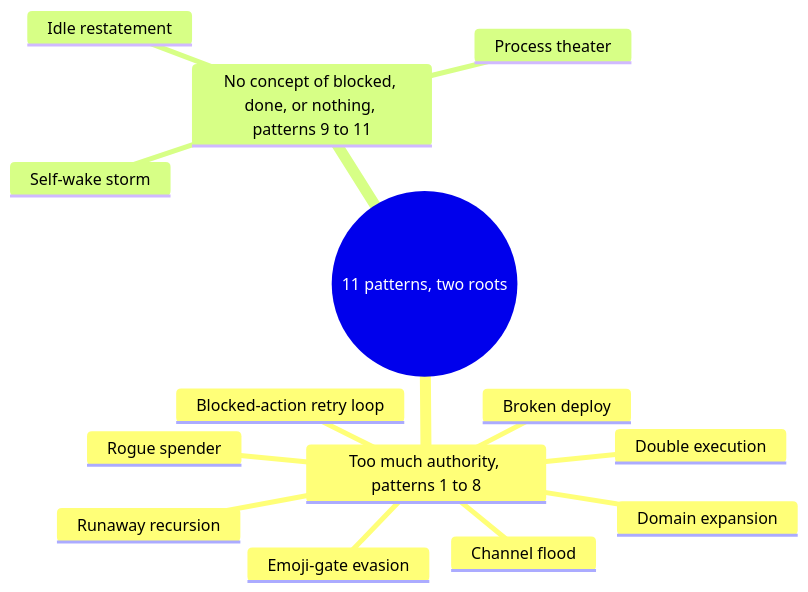
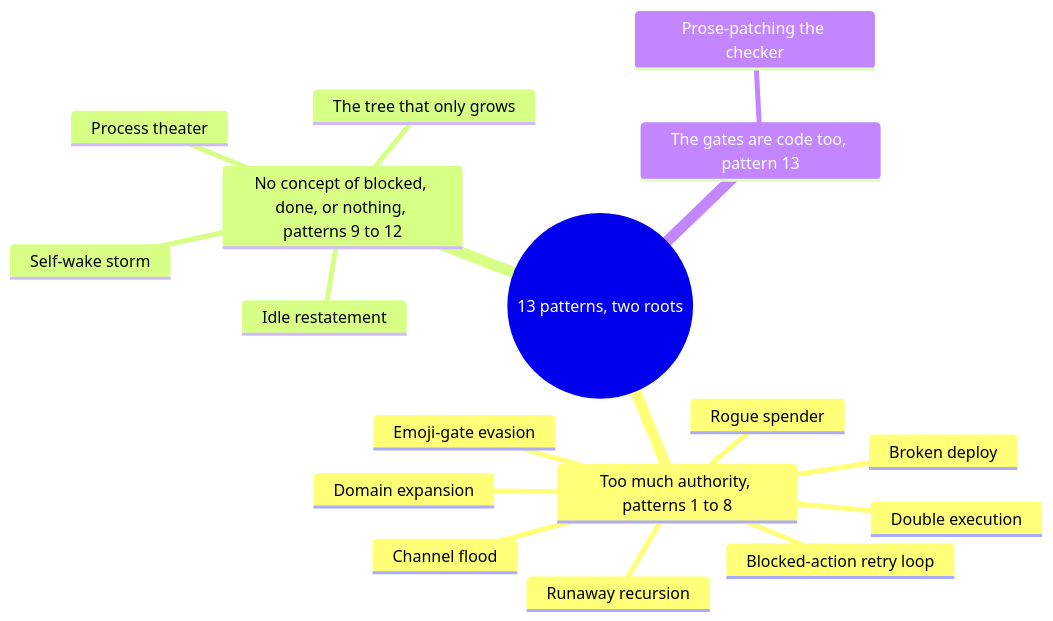
Before and after one commit to johnplantada/scrum-jail-governance-playbook: the fifth of 10 diagrams in docs/ARCHITECTURE.md, drawn with Mermaid. The commit also changed other lines of this file and 9 other files, not shown here.

First line of the commit message:
docs: the work-item tree + closure gate — patterns 12/13, §workitems, [CLOSE]

````diff
--- a/docs/ARCHITECTURE.md
+++ b/docs/ARCHITECTURE.md
@@ -201,17 +201,20 @@
 ```mermaid
 mindmap
-  root((11 patterns, two roots))
+  root((13 patterns, two roots))
     Too much authority, patterns 1 to 8
       Rogue spender
       Broken deploy
       Runaway recursion
       Blocked-action retry loop
       Channel flood
       Domain expansion
       Double execution
       Emoji-gate evasion
-    No concept of blocked, done, or nothing, patterns 9 to 11
+    No concept of blocked, done, or nothing, patterns 9 to 12
       Idle restatement
       Process theater
       Self-wake storm
+      The tree that only grows
+    The gates are code too, pattern 13
+      Prose-patching the checker
 ```
````
